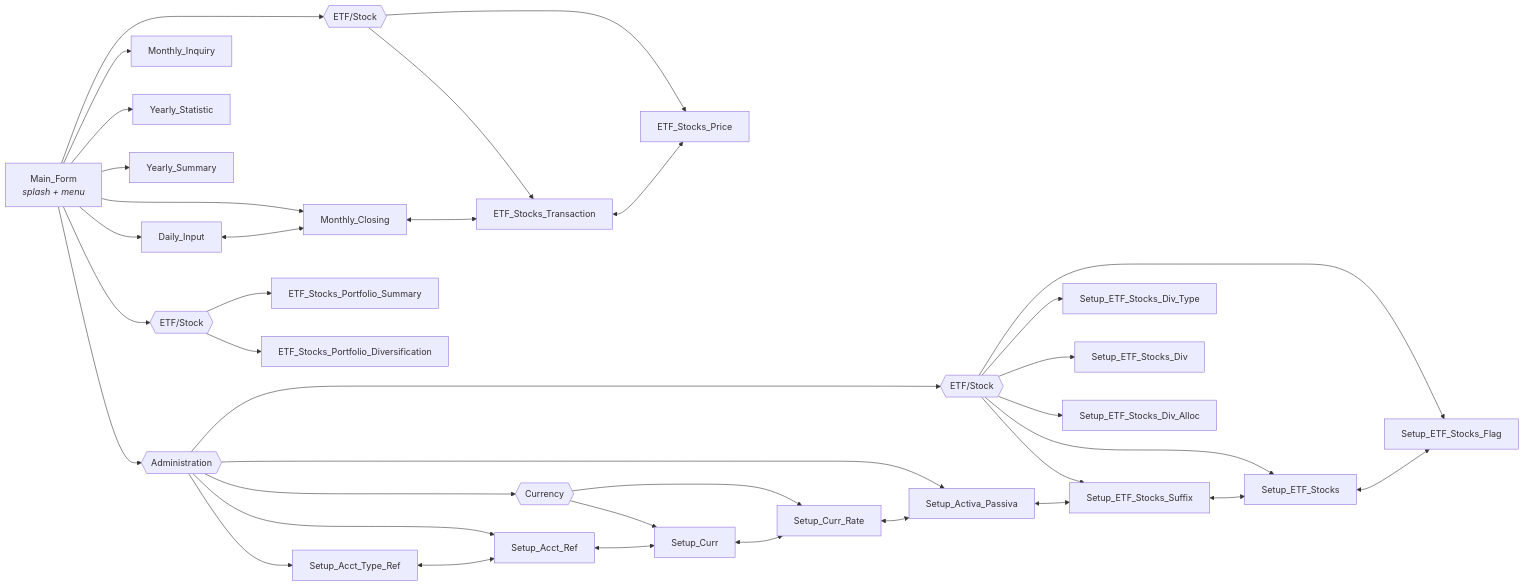
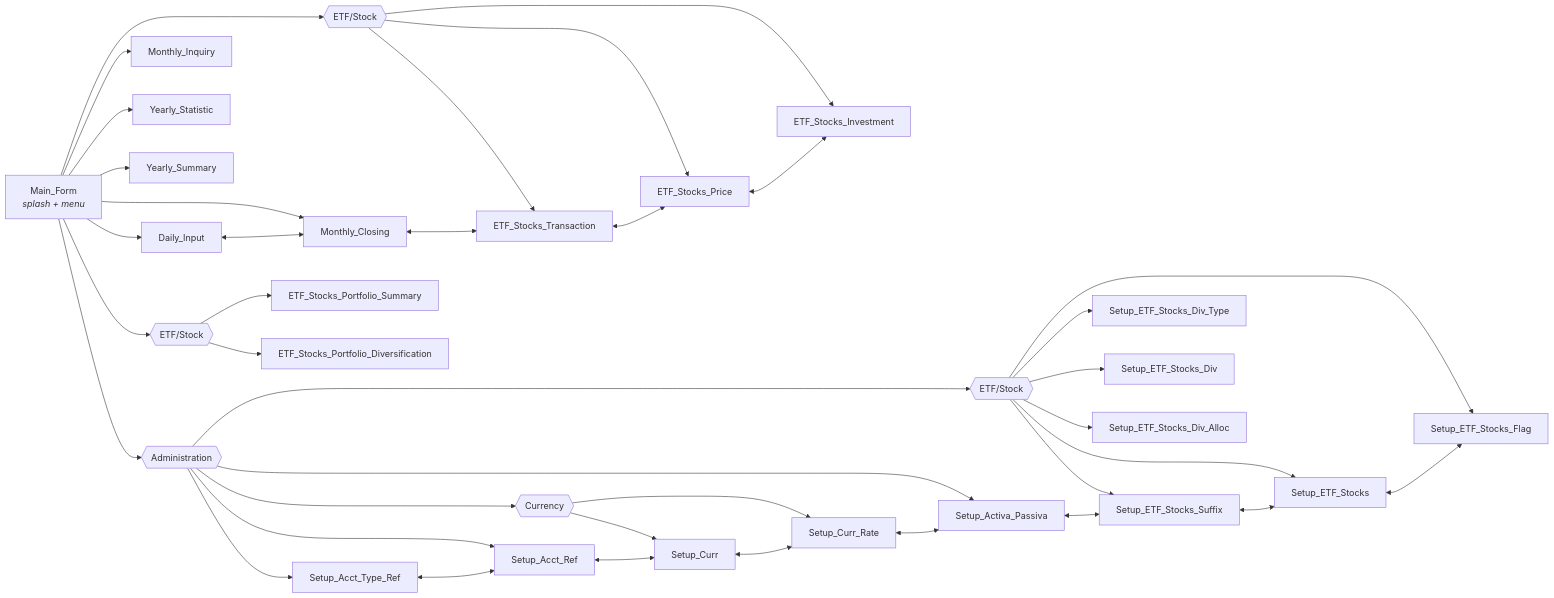
One commit to oscar-rijadi/FinancialBalance changed the second of 3 diagrams in README.md. Above: the diagram before and after it, drawn with Mermaid. The commit also changed other lines of this file and 43 other files, not shown here.

Commit message:
Implement EFT Stocks Investment

````diff
--- a/README.md
+++ b/README.md
@@ -101,43 +101,45 @@
 ```mermaid
 flowchart LR
     MAIN["Main_Form<br/><i>splash + menu</i>"]
 
     MAIN --> DI["Daily_Input"]
     MAIN --> MC["Monthly_Closing"]
     MAIN --> PETFG{{"ETF/Stock"}}
     PETFG --> ETX["ETF_Stocks_Transaction"]
     PETFG --> ETP["ETF_Stocks_Price"]
+    PETFG --> ETI["ETF_Stocks_Investment"]
     MAIN --> MI["Monthly_Inquiry"]
     MAIN --> YT["Yearly_Statistic"]
     MAIN --> YS["Yearly_Summary"]
     MAIN --> PORTG{{"ETF/Stock"}}
     PORTG --> PSUM["ETF_Stocks_Portfolio_Summary"]
     PORTG --> PDIV["ETF_Stocks_Portfolio_Diversification"]
 
     MAIN --> ADMIN{{"Administration"}}
     ADMIN --> SATR["Setup_Acct_Type_Ref"]
     ADMIN --> SAR["Setup_Acct_Ref"]
     ADMIN --> CURG{{"Currency"}}
     CURG --> SC["Setup_Curr"]
     CURG --> SCR["Setup_Curr_Rate"]
     ADMIN --> SAP["Setup_Activa_Passiva"]
     ADMIN --> ETFG{{"ETF/Stock"}}
     ETFG --> SES["Setup_ETF_Stocks_Suffix"]
     ETFG --> SET["Setup_ETF_Stocks"]
     ETFG --> SEF["Setup_ETF_Stocks_Flag"]
     ETFG --> SDT["Setup_ETF_Stocks_Div_Type"]
     ETFG --> SDV["Setup_ETF_Stocks_Div"]
     ETFG --> SDA["Setup_ETF_Stocks_Div_Alloc"]
 
     DI <--> MC
     MC <--> ETX
     ETX <--> ETP
+    ETP <--> ETI
 
     SATR <--> SAR
     SAR <--> SC
     SC <--> SCR
     SCR <--> SAP
     SAP <--> SES
     SES <--> SET
     SET <--> SEF
 ```
````
